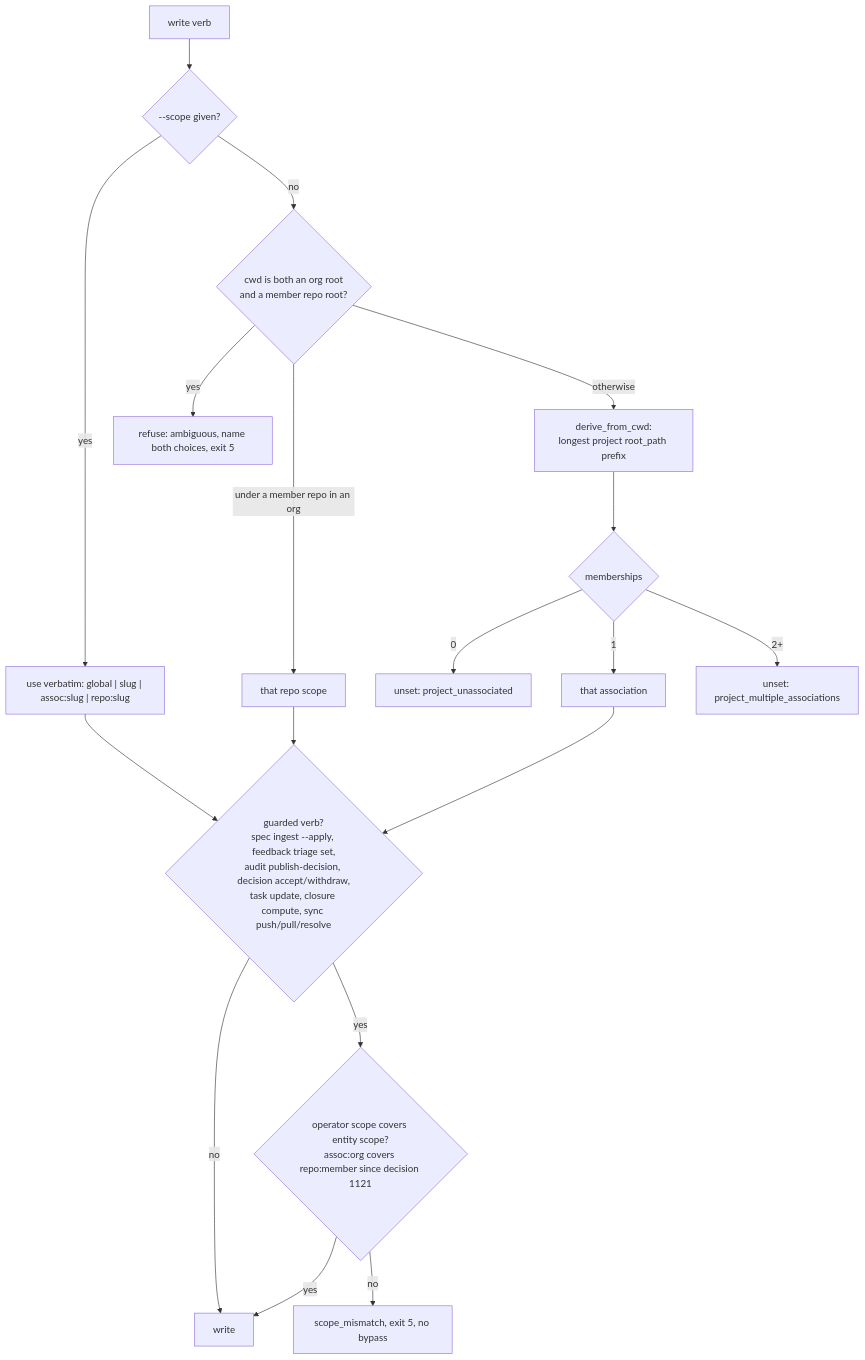
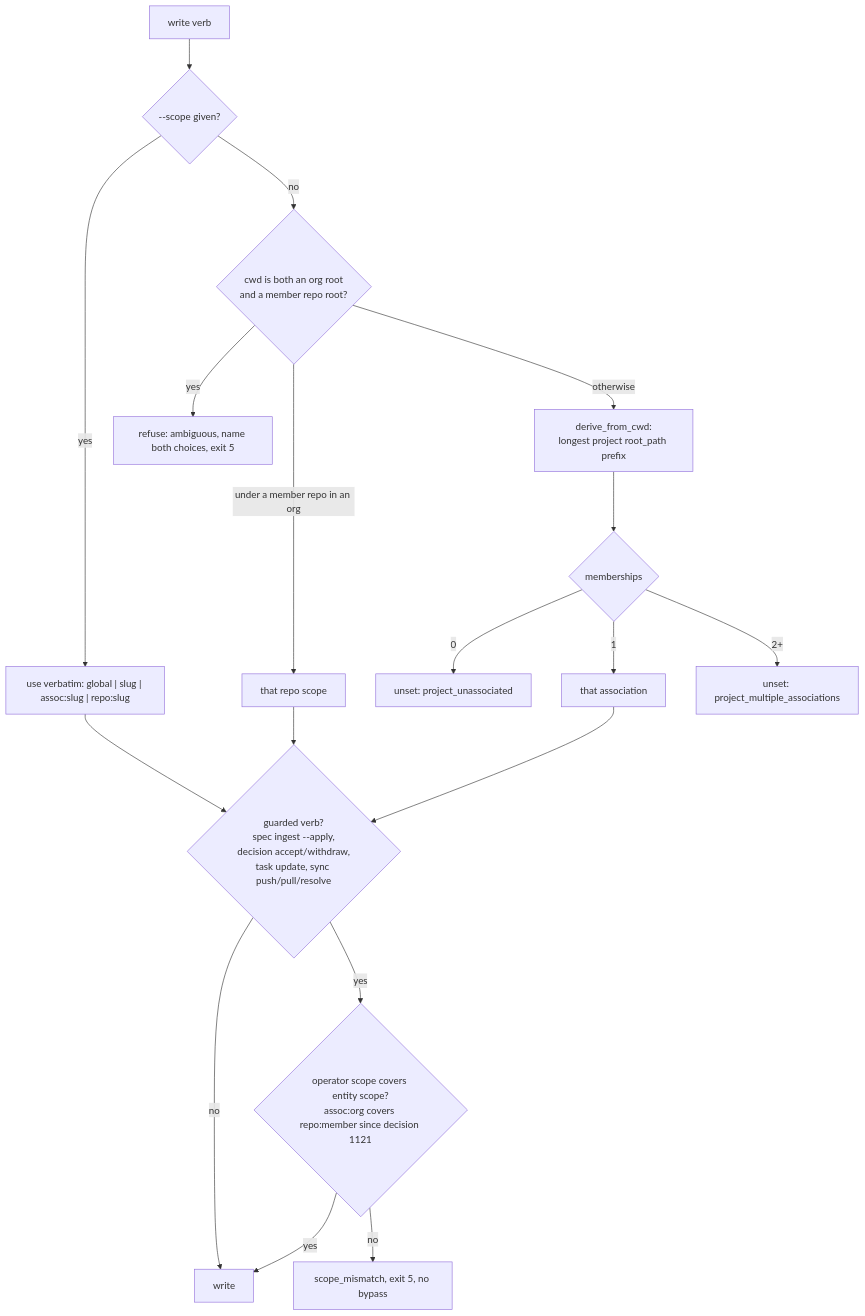
Diagram 25 of 25 in docs/lifecycles.md (rdrsss/planar), drawn with Mermaid before and after one commit. The commit also changed other lines of this file and 1498 other files, not shown here.

````diff
--- a/docs/lifecycles.md
+++ b/docs/lifecycles.md
@@ -914,18 +822,18 @@
 ```mermaid
 flowchart TD
     W[write verb] --> F{--scope given?}
     F -->|yes| U["use verbatim: global | slug | assoc:slug | repo:slug"]
     F -->|no| M{cwd is both an org root<br/>and a member repo root?}
     M -->|yes| AMB[refuse: ambiguous, name both choices, exit 5]
     M -->|under a member repo in an org| REPO[that repo scope]
     M -->|otherwise| D[derive_from_cwd:<br/>longest project root_path prefix]
     D --> N{memberships}
     N -->|0| UNSET[unset: project_unassociated]
     N -->|1| ONE[that association]
     N -->|2+| UNSET2[unset: project_multiple_associations]
-    U & REPO & ONE --> G{guarded verb?<br/>spec ingest --apply, feedback triage set,<br/>audit publish-decision, decision accept/withdraw,<br/>task update, closure compute, sync push/pull/resolve}
+    U & REPO & ONE --> G{guarded verb?<br/>spec ingest --apply,<br/>decision accept/withdraw,<br/>task update, sync push/pull/resolve}
     G -->|no| WRITE[write]
     G -->|yes| CMP{operator scope covers entity scope?<br/>assoc:org covers repo:member since decision 1121}
     CMP -->|yes| WRITE
     CMP -->|no| REF[scope_mismatch, exit 5, no bypass]
 ```
````
